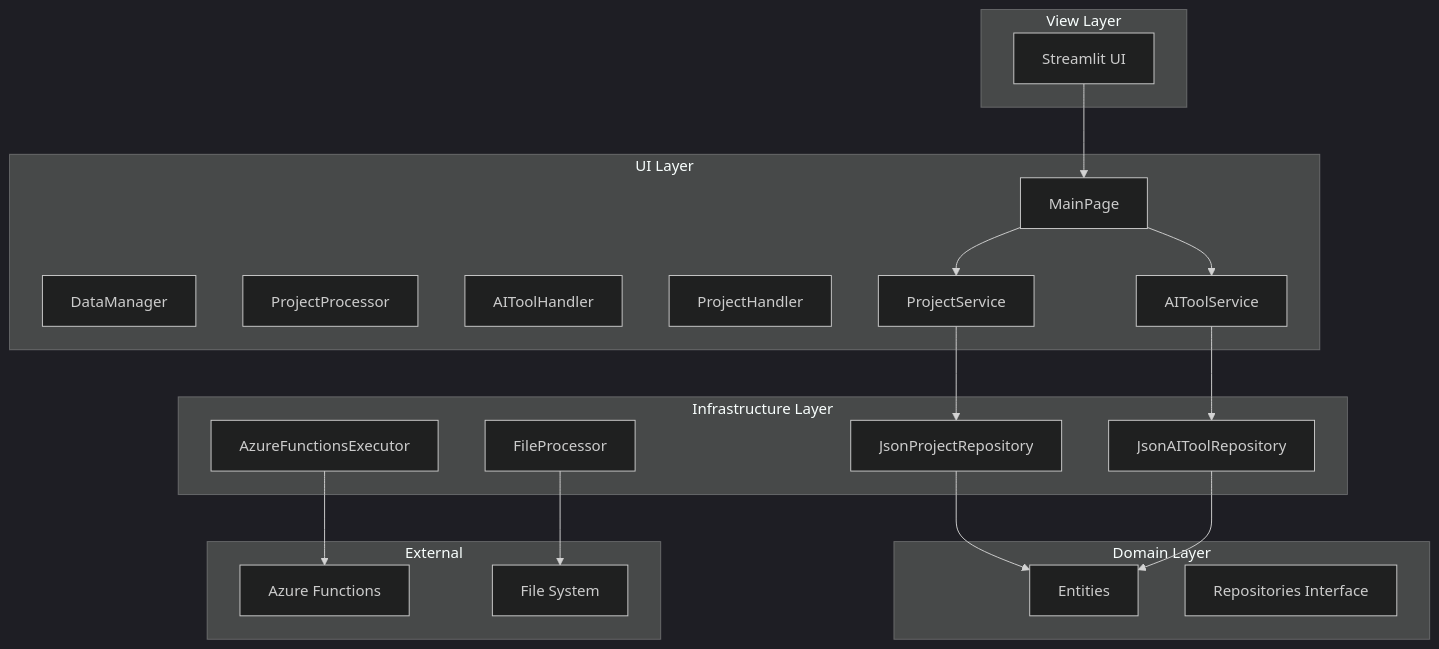
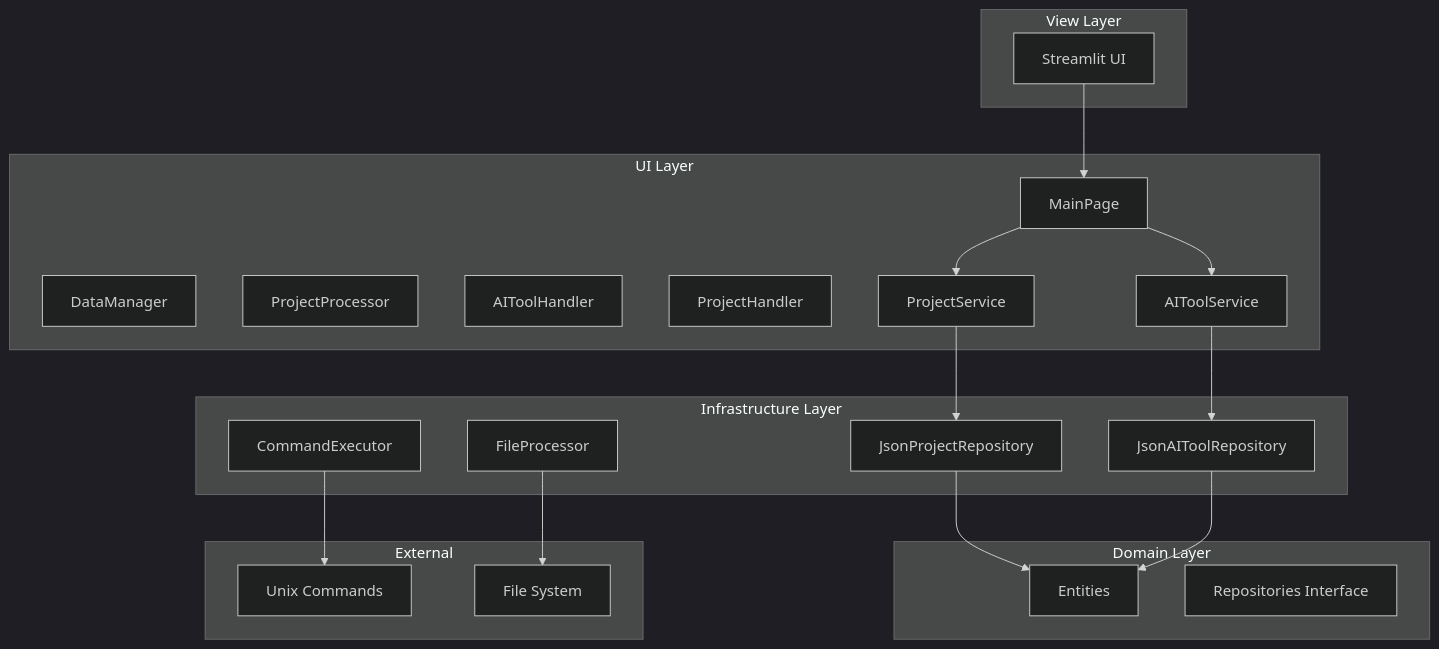
The diagram in specification.md (YTommy109/aimon), drawn with Mermaid (dark theme) before and after one commit. The commit also changed other lines of this file and 2 other files, not shown here.

Commit message:
doc: endpoint_url を使わず command にするドキュメントに直す

````diff
--- a/specification.md
+++ b/specification.md
@@ -20,43 +20,43 @@
 ```mermaid
 graph TB
     subgraph "View Layer"
         UI[Streamlit UI]
     end
     
     subgraph "UI Layer"
         MP[MainPage]
         DM[DataManager]
         PP[ProjectProcessor]
         AH[AIToolHandler]
         PH[ProjectHandler]
         PS[ProjectService]
         AS[AIToolService]
     end
     
     subgraph "Domain Layer"
         E[Entities]
         R[Repositories Interface]
     end
     
     subgraph "Infrastructure Layer"
         JPR[JsonProjectRepository]
         JAR[JsonAIToolRepository]
         FP[FileProcessor]
-        AFE[AzureFunctionsExecutor]
+        CME[CommandExecutor]
     end
     
     subgraph "External"
-        AF[Azure Functions]
+        UC[Unix Commands]
         FS[File System]
     end
     
     UI --> MP
     MP --> PS
     MP --> AS
     PS --> JPR
     AS --> JAR
     JPR --> E
     JAR --> E
     FP --> FS
-    AFE --> AF
+    CME --> UC
 ```
````
